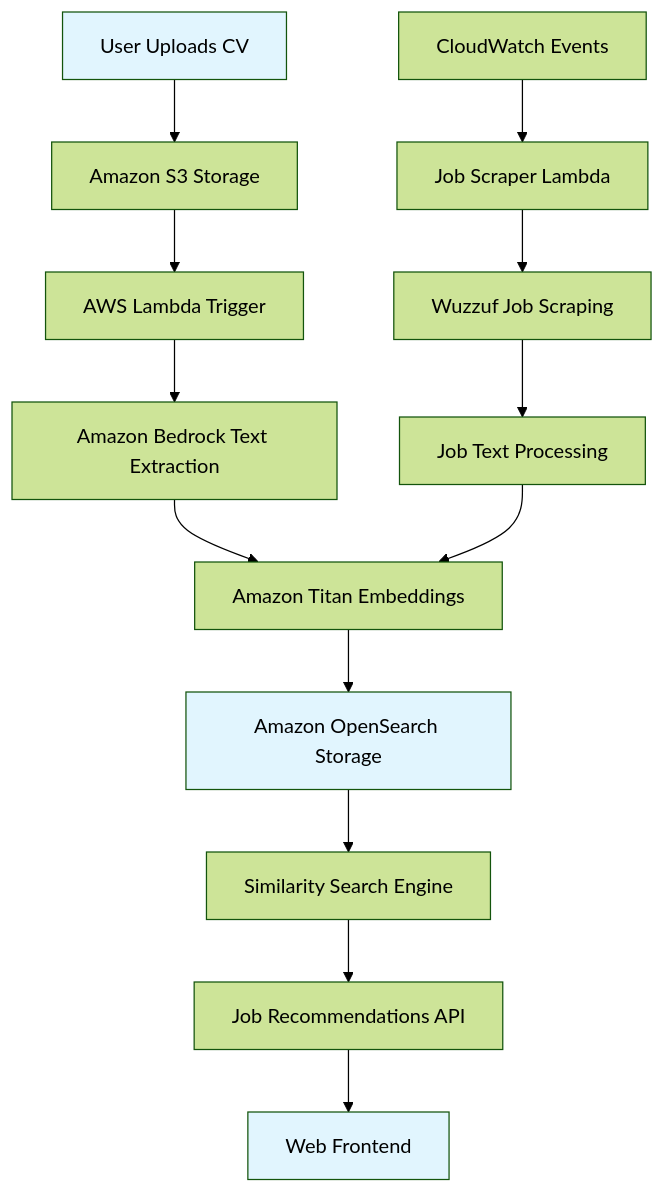
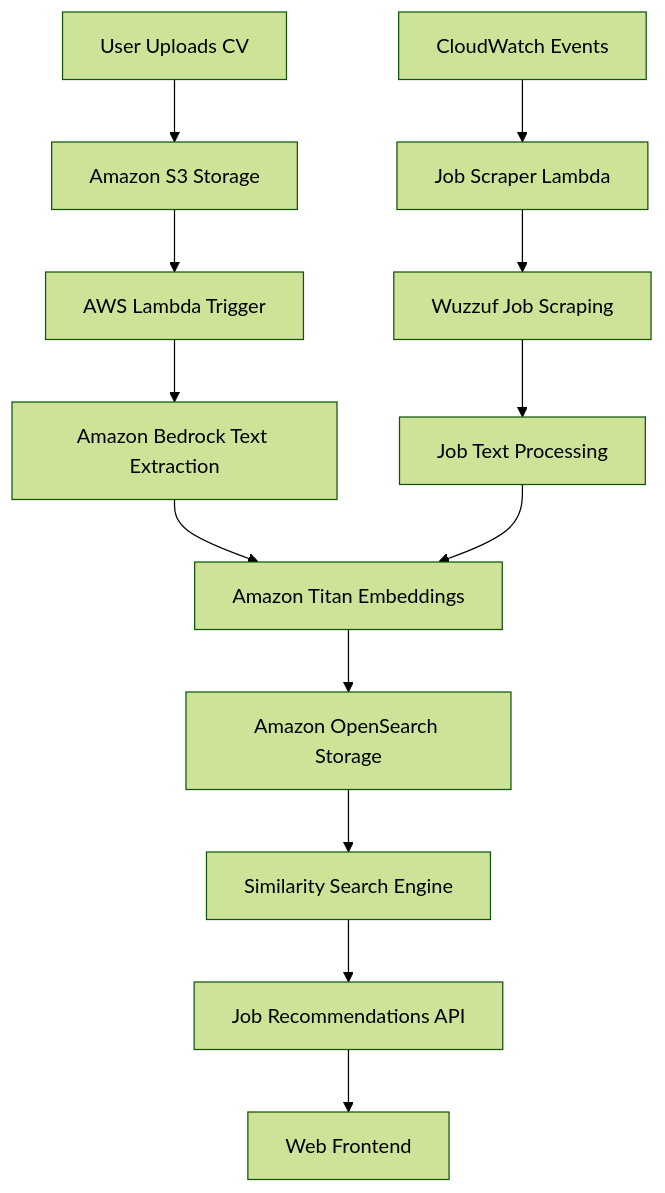
The diagram in Readme.md (mohamedelhariry00/AI-Powered-Job-Recommendation-System), drawn with Mermaid (forest theme) before and after one commit.

````diff
--- a/Readme.md
+++ b/Readme.md
@@ -57,21 +57,17 @@
 ```mermaid
 graph TB
     A[User Uploads CV] --> B[Amazon S3 Storage]
     B --> C[AWS Lambda Trigger]
     C --> D[Amazon Bedrock Text Extraction]
     D --> E[Amazon Titan Embeddings]
     E --> F[Amazon OpenSearch Storage]
     
     G[CloudWatch Events] --> H[Job Scraper Lambda]
     H --> I[Wuzzuf Job Scraping]
     I --> J[Job Text Processing]
     J --> E
     
     F --> K[Similarity Search Engine]
     K --> L[Job Recommendations API]
     L --> M[Web Frontend]
-
-    style A fill:#e1f5fe
-    style F fill:#e1f5fe
-    style M fill:#e1f5fe
 ```
````
